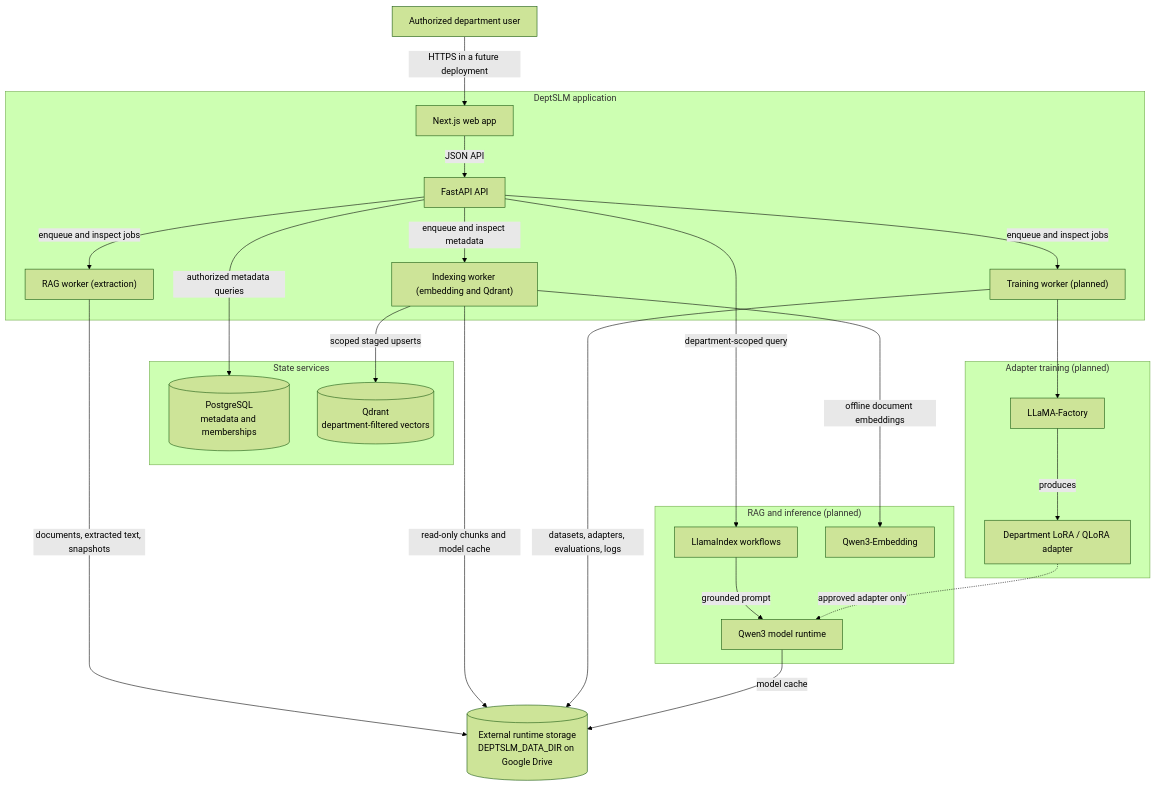
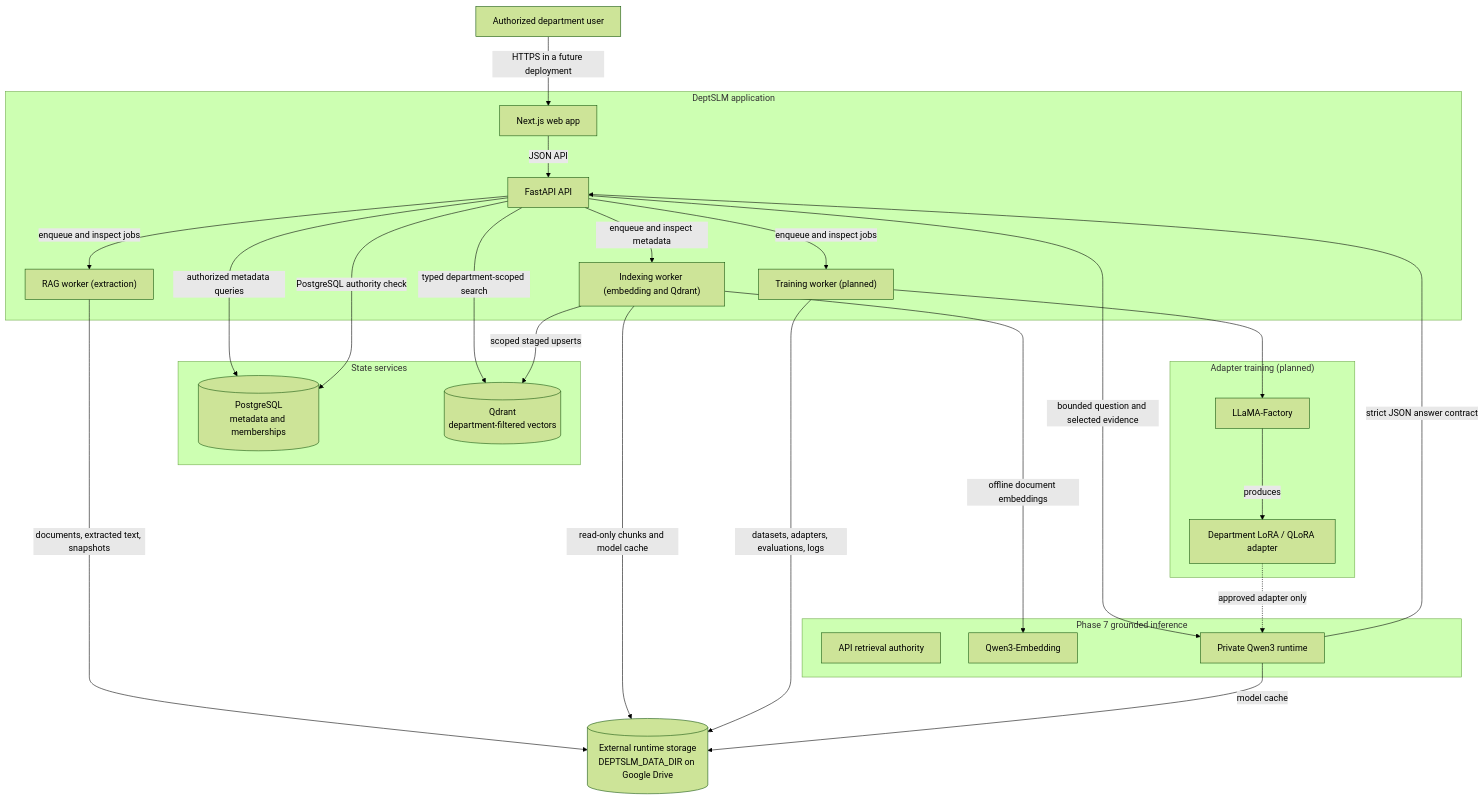
Before and after one commit to Easonsusu/DeptSLM: the diagram in docs/architecture.md, drawn with Mermaid (forest theme). The commit also changed other lines of this file and 67 other files, not shown here.

First line of the commit message:
Phase 7: Add grounded RAG answers with citations (#7)

````diff
--- a/docs/architecture.md
+++ b/docs/architecture.md
@@ -11,48 +11,50 @@
 ```mermaid
 flowchart TB
     User["Authorized department user"]
 
     subgraph App["DeptSLM application"]
         Web["Next.js web app"]
         API["FastAPI API"]
         RAG["RAG worker (extraction)"]
         Index["Indexing worker (embedding and Qdrant)"]
         Train["Training worker (planned)"]
     end
 
     subgraph Data["State services"]
         PG[("PostgreSQL\nmetadata and memberships")]
         QD[("Qdrant\ndepartment-filtered vectors")]
     end
 
-    subgraph RAGStack["RAG and inference (planned)"]
-        LI["LlamaIndex workflows"]
+    subgraph RAGStack["Phase 7 grounded inference"]
+        Retrieve["API retrieval authority"]
         Embed["Qwen3-Embedding"]
-        Runtime["Qwen3 model runtime"]
+        Runtime["Private Qwen3 runtime"]
     end
 
     subgraph TrainingStack["Adapter training (planned)"]
         Factory["LLaMA-Factory"]
         Adapter["Department LoRA / QLoRA adapter"]
     end
 
     Drive[("External runtime storage\nDEPTSLM_DATA_DIR on Google Drive")]
 
     User -->|"HTTPS in a future deployment"| Web
     Web -->|"JSON API"| API
     API -->|"authorized metadata queries"| PG
     API -->|"enqueue and inspect jobs"| RAG
     API -->|"enqueue and inspect metadata"| Index
     API -->|"enqueue and inspect jobs"| Train
-    API -->|"department-scoped query"| LI
+    API -->|"typed department-scoped search"| QD
+    API -->|"PostgreSQL authority check"| PG
+    API -->|"bounded question and selected evidence"| Runtime
     Index -->|"offline document embeddings"| Embed
     Index -->|"scoped staged upserts"| QD
-    LI -->|"grounded prompt"| Runtime
+    Runtime -->|"strict JSON answer contract"| API
     Train --> Factory
     Factory -->|"produces"| Adapter
     Adapter -.->|"approved adapter only"| Runtime
     RAG -->|"documents, extracted text, snapshots"| Drive
     Index -->|"read-only chunks and model cache"| Drive
     Train -->|"datasets, adapters, evaluations, logs"| Drive
     Runtime -->|"model cache"| Drive
 ```
````
